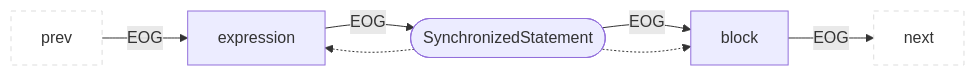
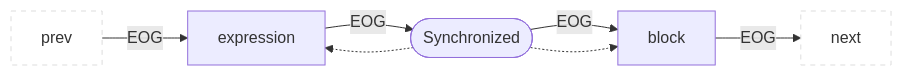
Before and after one commit to Fraunhofer-AISEC/cpg: diagram 31 of 49 in docs/docs/CPG/specs/eog.md, drawn with Mermaid. The commit also changed other lines of this file and 99 other files, not shown here.

````diff
--- a/docs/docs/CPG/specs/eog.md
+++ b/docs/docs/CPG/specs/eog.md
@@ -592,10 +592,10 @@
 ```mermaid
 flowchart LR
   classDef outer fill:#fff,stroke:#ddd,stroke-dasharray:5 5;
   prev:::outer --EOG--> child1["expression"]
-  child1 --EOG--> parent(["SynchronizedStatement"])
+  child1 --EOG--> parent(["Synchronized"])
   parent --EOG--> child2["block"]
   child2 --EOG--> next:::outer
   parent -.-> child1
   parent -.-> child2
 ```
````
